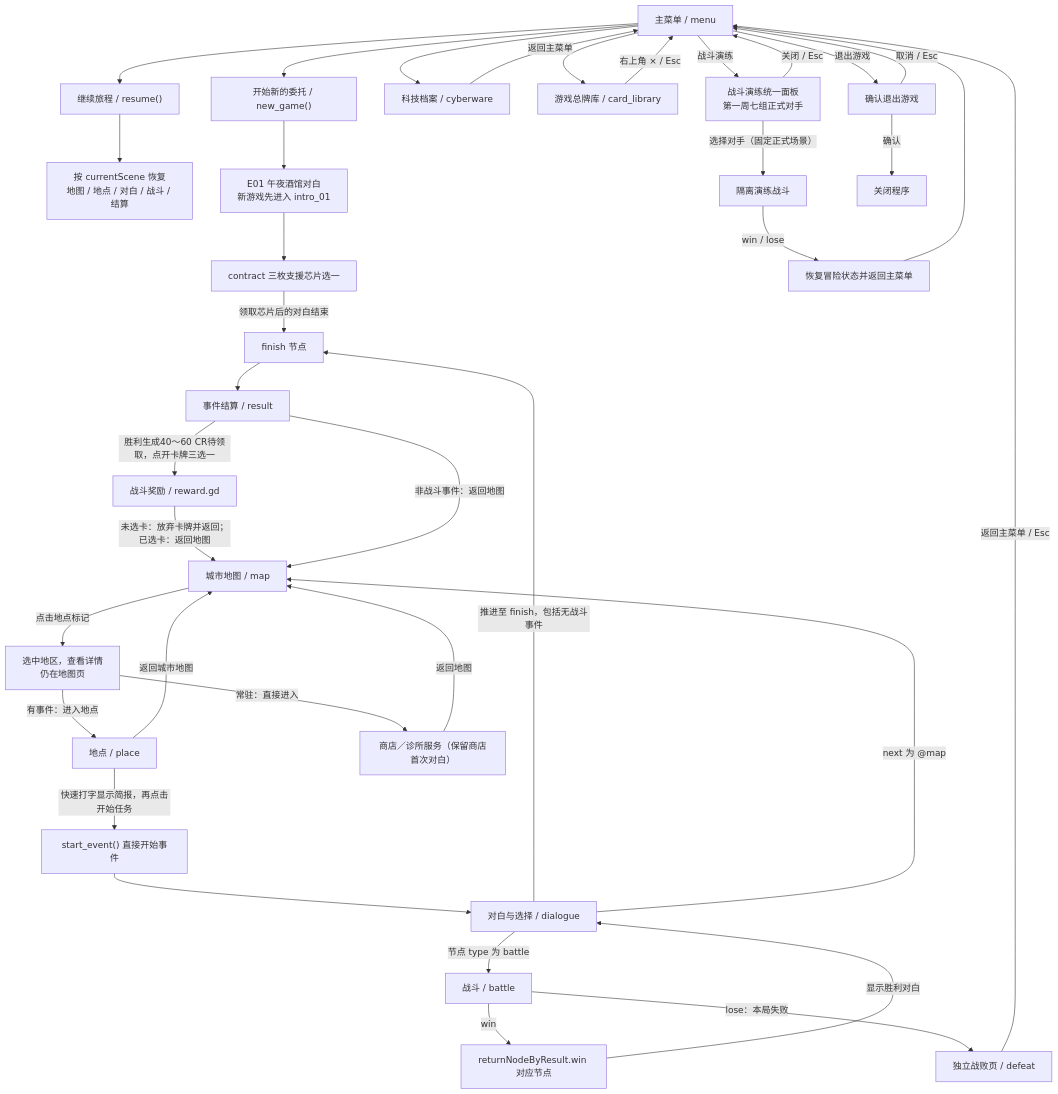
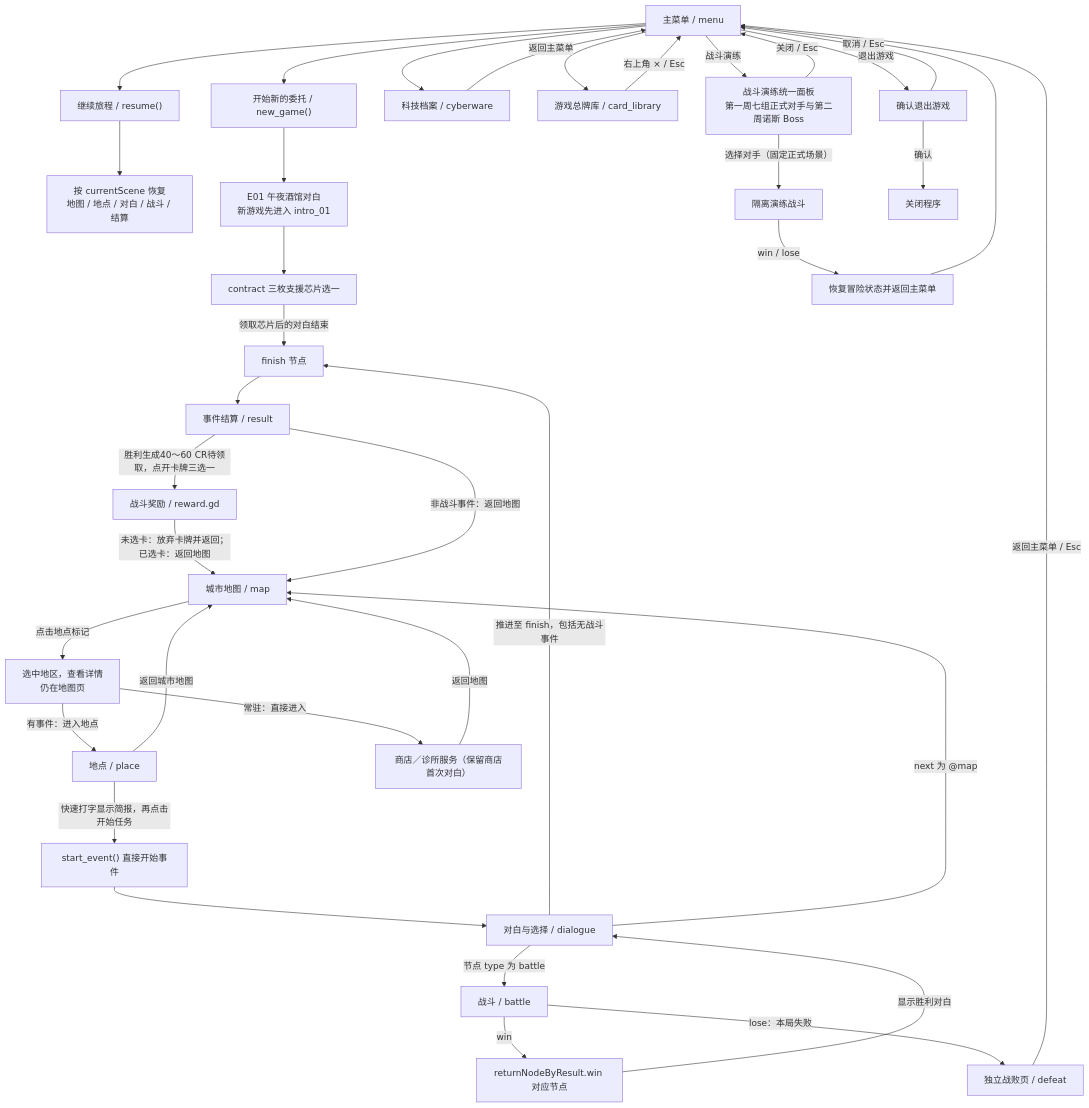
The diagram in docs/游戏流程与路由.md (iris-homework/game-demo), drawn with Mermaid before and after one commit. The commit also changed other lines of this file and 136 other files, not shown here.

````diff
--- a/docs/游戏流程与路由.md
+++ b/docs/游戏流程与路由.md
@@ -80,59 +86,59 @@
 ```mermaid
 flowchart TD
     menu["主菜单 / menu"]
     newgame["开始新的委托 / new_game()"]
     resume["继续旅程 / resume()"]
     restore["按 currentScene 恢复<br/>地图 / 地点 / 对白 / 战斗 / 结算"]
     e01["E01 午夜酒馆对白<br/>新游戏先进入 intro_01"]
     contract["contract 三枚支援芯片选一"]
     map["城市地图 / map"]
     detail["选中地区，查看详情<br/>仍在地图页"]
     place["地点 / place"]
     startEvent["start_event() 直接开始事件"]
     dialogue["对白与选择 / dialogue"]
     battle["战斗 / battle"]
     finishNode["finish 节点"]
     result["事件结算 / result"]
     cyberware["科技档案 / cyberware"]
     library["游戏总牌库 / card_library"]
-    trainingPanel["战斗演练统一面板<br/>第一周七组正式对手"]
+    trainingPanel["战斗演练统一面板<br/>第一周七组正式对手与第二周诺斯 Boss"]
     training["隔离演练战斗"]
     trainEnd["恢复冒险状态并返回主菜单"]
 
     menu --> newgame
     menu --> resume
     menu -->|"退出游戏"| quitConfirm["确认退出游戏"]
     quitConfirm -->|"确认"| quit["关闭程序"]
     quitConfirm -->|"取消 / Esc"| menu
     menu --> cyberware
     menu --> library
     library -->|"右上角 × / Esc"| menu
     menu -->|"战斗演练"| trainingPanel
     trainingPanel -->|"关闭 / Esc"| menu
     trainingPanel -->|"选择对手（固定正式场景）"| training
     newgame --> e01
     resume --> restore
     e01 --> contract
     contract -->|"领取芯片后的对白结束"| finishNode
     map -->|"点击地点标记"| detail
     detail -->|"有事件：进入地点"| place
     detail -->|"常驻：直接进入"| service["商店／诊所服务（保留商店首次对白）"]
     service -->|"返回地图"| map
     place -->|"快速打字显示简报，再点击开始任务"| startEvent
     place -->|"返回城市地图"| map
     startEvent --> dialogue
     dialogue -->|"节点 type 为 battle"| battle
     dialogue -->|"推进至 finish，包括无战斗事件"| finishNode
     dialogue -->|"next 为 @map"| map
     battle -->|"win"| ret["returnNodeByResult.win 对应节点"]
     ret -->|"显示胜利对白"| dialogue
     battle -->|"lose：本局失败"| defeat["独立战败页 / defeat"]
     defeat -->|"返回主菜单 / Esc"| menu
     finishNode --> result
     result -->|"胜利生成40～60 CR待领取，点开卡牌三选一"| choice["战斗奖励 / reward.gd"]
     choice -->|"未选卡：放弃卡牌并返回；已选卡：返回地图"| map
     result -->|"非战斗事件：返回地图"| map
     training -->|"win / lose"| trainEnd
     trainEnd --> menu
     cyberware -->|"返回主菜单"| menu
 ```
````
